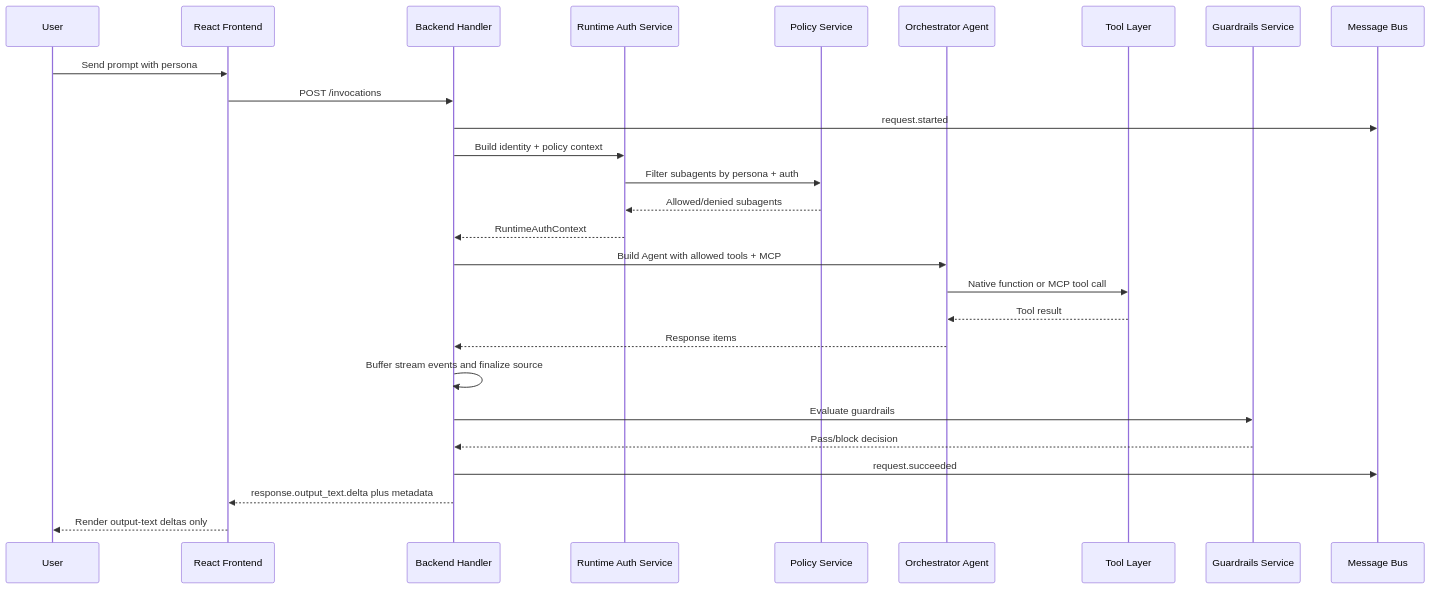
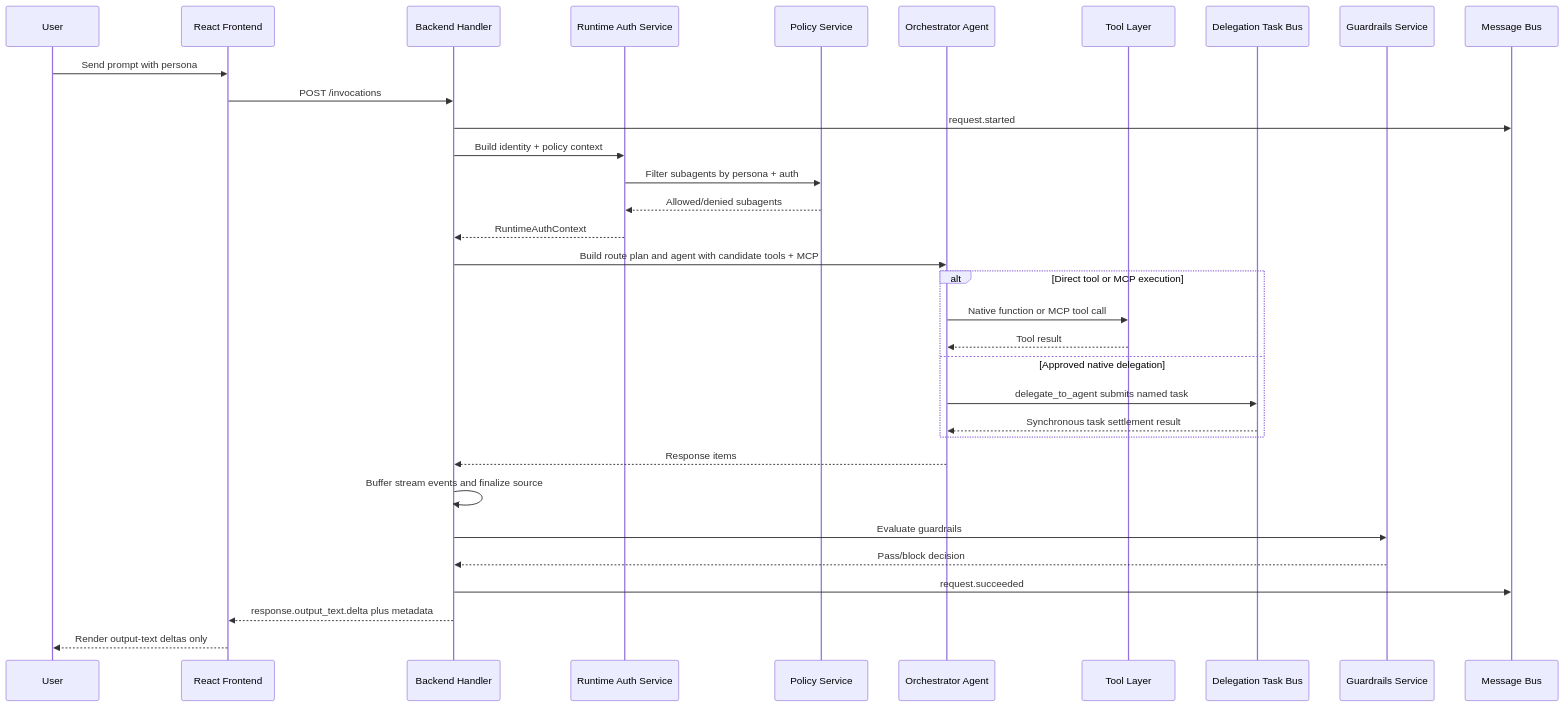
Before and after one commit to wchen-dea/Governed-Multi-Agent-Intelligence-on-Databricks: the second of 4 diagrams in docs/architecture/design-artifacts/03-logical-high-level.md, drawn with Mermaid. The commit also changed 114 other files, not shown here.

````diff
--- a/docs/architecture/design-artifacts/03-logical-high-level.md
+++ b/docs/architecture/design-artifacts/03-logical-high-level.md
@@ -30,30 +30,36 @@
 ```mermaid
 sequenceDiagram
     participant U as User
     participant FE as React Frontend
     participant BE as Backend Handler
     participant RA as Runtime Auth Service
     participant POL as Policy Service
     participant OR as Orchestrator Agent
     participant TL as Tool Layer
+    participant DT as Delegation Task Bus
     participant GR as Guardrails Service
     participant MB as Message Bus
 
     U->>FE: Send prompt with persona
     FE->>BE: POST /invocations
     BE->>MB: request.started
     BE->>RA: Build identity + policy context
     RA->>POL: Filter subagents by persona + auth
     POL-->>RA: Allowed/denied subagents
     RA-->>BE: RuntimeAuthContext
-    BE->>OR: Build Agent with allowed tools + MCP
-    OR->>TL: Native function or MCP tool call
-    TL-->>OR: Tool result
+    BE->>OR: Build route plan and agent with candidate tools + MCP
+    alt Direct tool or MCP execution
+        OR->>TL: Native function or MCP tool call
+        TL-->>OR: Tool result
+    else Approved native delegation
+        OR->>DT: delegate_to_agent submits named task
+        DT-->>OR: Synchronous task settlement result
+    end
     OR-->>BE: Response items
     BE->>BE: Buffer stream events and finalize source
     BE->>GR: Evaluate guardrails
     GR-->>BE: Pass/block decision
     BE->>MB: request.succeeded
     BE-->>FE: response.output_text.delta plus metadata
     FE-->>U: Render output-text deltas only
 ```
````
